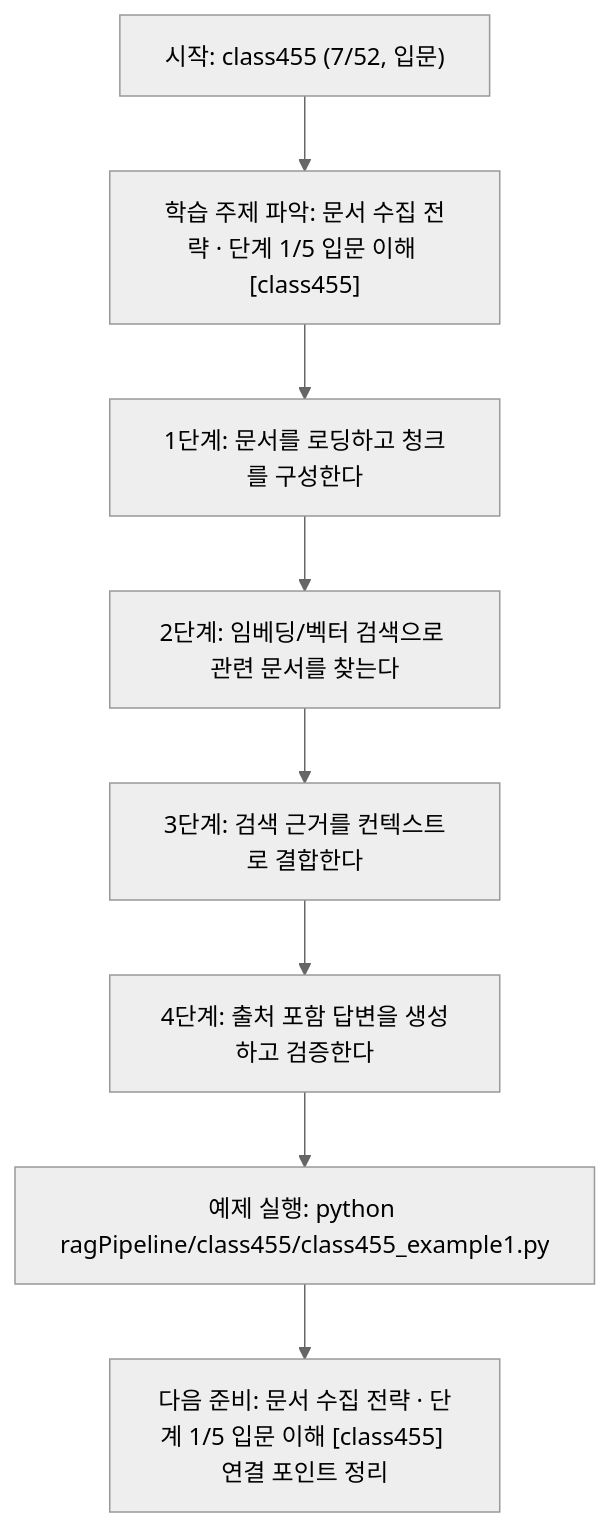
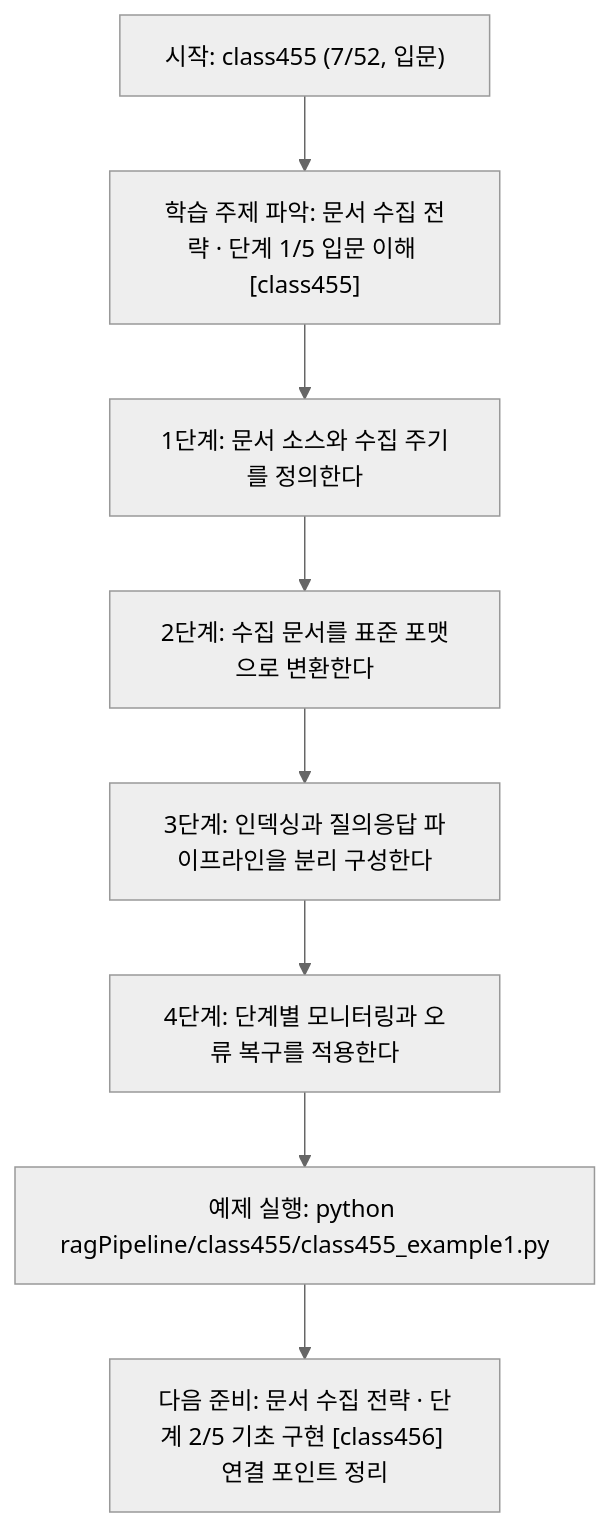
One commit to edumgt/Python-AI_Agent-Class changed the diagram in ragPipeline/class455/class455.md. Above: the diagram before and after it, drawn with Mermaid (neutral theme). The commit also changed other lines of this file and 367 other files, not shown here.

````diff
--- a/ragPipeline/class455/class455.md
+++ b/ragPipeline/class455/class455.md
@@ -111,18 +92,18 @@
 ```mermaid
 flowchart TD
 N1["시작: class455 (7/52, 입문)"]
 N2["학습 주제 파악: 문서 수집 전략 · 단계 1/5 입문 이해 [class455]"]
-N3["1단계: 문서를 로딩하고 청크를 구성한다"]
-N4["2단계: 임베딩/벡터 검색으로 관련 문서를 찾는다"]
-N5["3단계: 검색 근거를 컨텍스트로 결합한다"]
-N6["4단계: 출처 포함 답변을 생성하고 검증한다"]
+N3["1단계: 문서 소스와 수집 주기를 정의한다"]
+N4["2단계: 수집 문서를 표준 포맷으로 변환한다"]
+N5["3단계: 인덱싱과 질의응답 파이프라인을 분리 구성한다"]
+N6["4단계: 단계별 모니터링과 오류 복구를 적용한다"]
 N7["예제 실행: python ragPipeline/class455/class455_example1.py"]
-N8["다음 준비: 문서 수집 전략 · 단계 1/5 입문 이해 [class455] 연결 포인트 정리"]
+N8["다음 준비: 문서 수집 전략 · 단계 2/5 기초 구현 [class456] 연결 포인트 정리"]
 N1 --> N2
 N2 --> N3
 N3 --> N4
 N4 --> N5
 N5 --> N6
 N6 --> N7
 N7 --> N8
 ```
````
